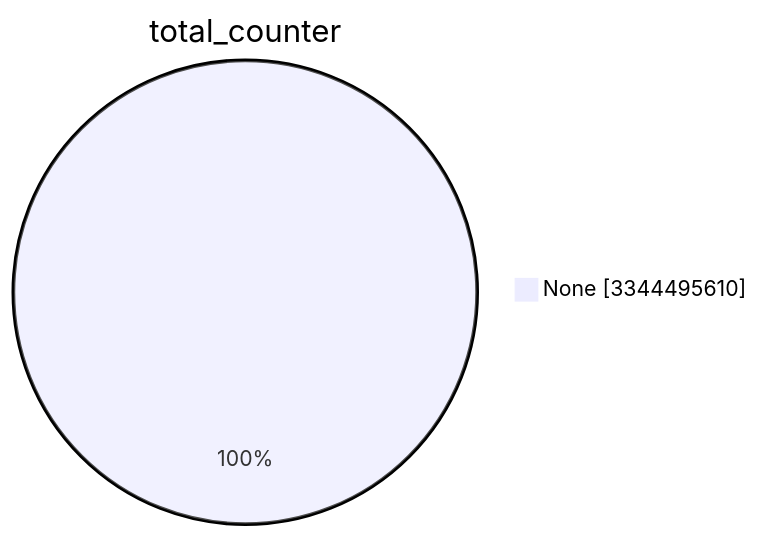
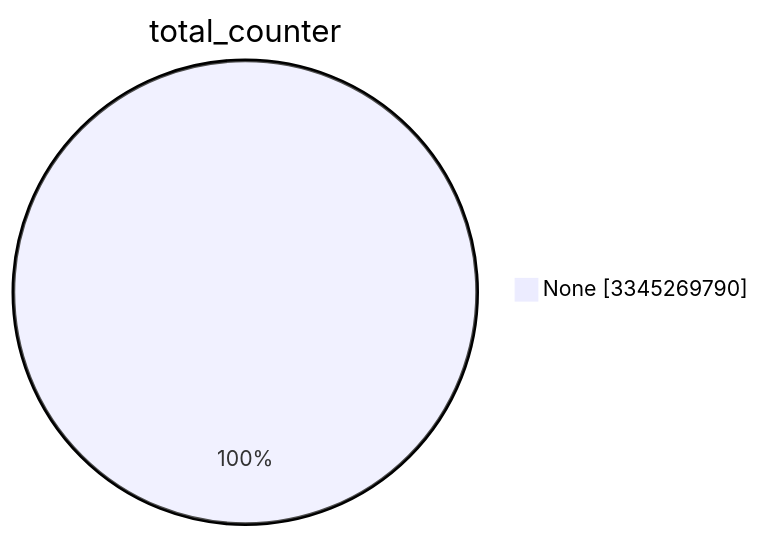
One commit to christiankrug/ctmonitor_visualization changed the first of 15 diagrams in TOTAL/README.md. Above: the diagram before and after it, drawn with Mermaid. The commit also changed other lines of this file, not shown here.

````diff
--- a/TOTAL/README.md
+++ b/TOTAL/README.md
@@ -1,5 +1,5 @@
 ```mermaid
 pie showData
 title total_counter
-"None" :3344495610
+"None" :3345269790
 ```
````
